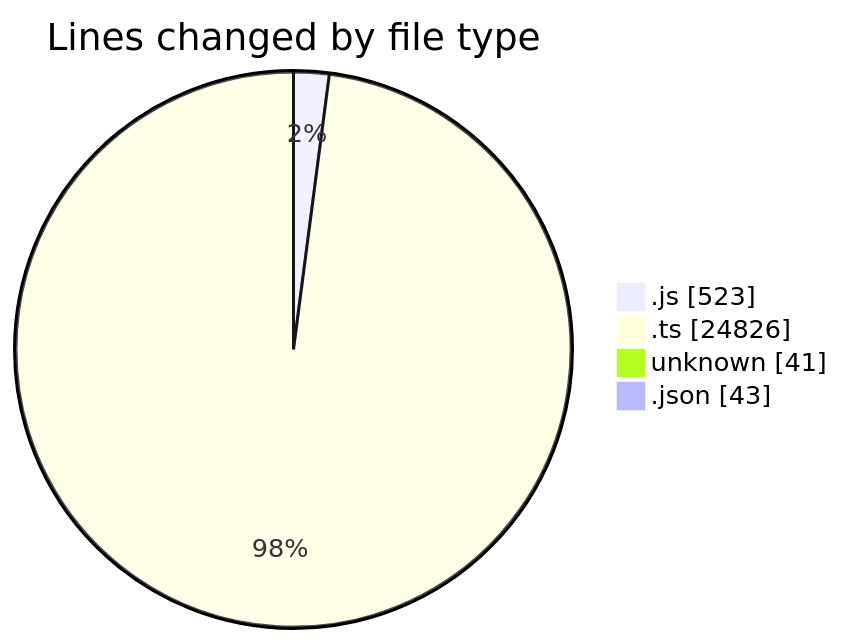
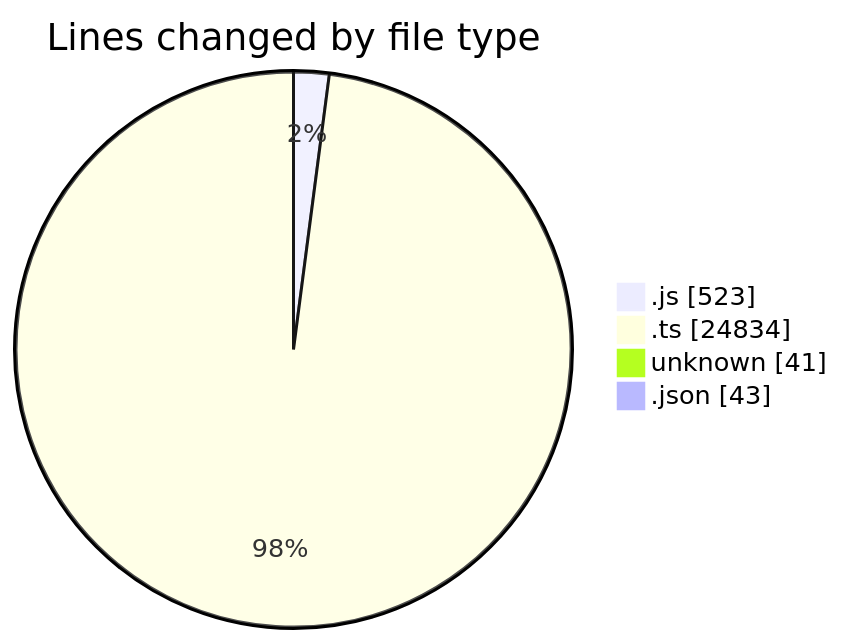
Before and after one commit to momahboobian/code-tracking: the first of 2 diagrams in 2025-08-15/cda/README.md, drawn with Mermaid. The commit also changed other lines of this file and 1 other file, not shown here.

````diff
--- a/2025-08-15/cda/README.md
+++ b/2025-08-15/cda/README.md
@@ -31,8 +31,8 @@
 ```mermaid
 pie showData
 title Lines changed by file type
 ".js" : 523
-".ts" : 24826
+".ts" : 24834
 "unknown" : 41
 ".json" : 43
 ```
````
